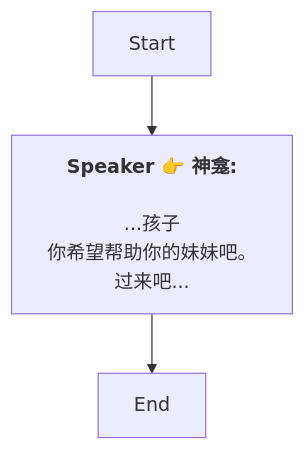
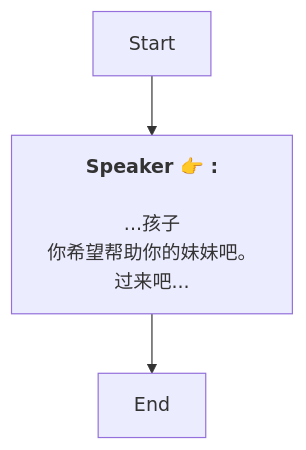
The diagram in Zh/QuestStartTalkENode_1738549796738302.md (SoftHu/tos_avg), drawn with Mermaid before and after one commit. The commit also changed 737 other files, not shown here.

````diff
--- a/Zh/QuestStartTalkENode_1738549796738302.md
+++ b/Zh/QuestStartTalkENode_1738549796738302.md
@@ -1,10 +1,8 @@
 ```mermaid
 graph
-Start -->1738549822633217[<b>Speaker 👉 神龛:</b>
-
-...孩子
-你希望帮助你的妹妹吧。
-过来吧...]
+Start -->1738549822633217[<b>Speaker 👉 :</b>
+\n...孩子
+你希望帮助你的妹妹吧。\n过来吧...]
 1738549822633217 -->1738549983939842[End]
 
- ```
+```
````
